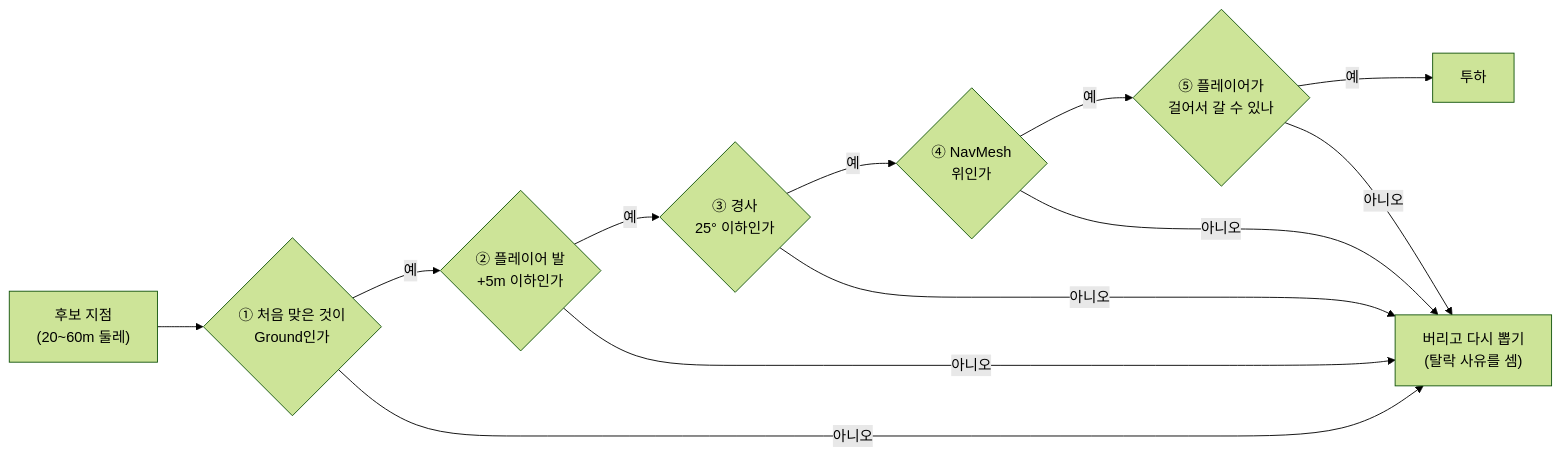
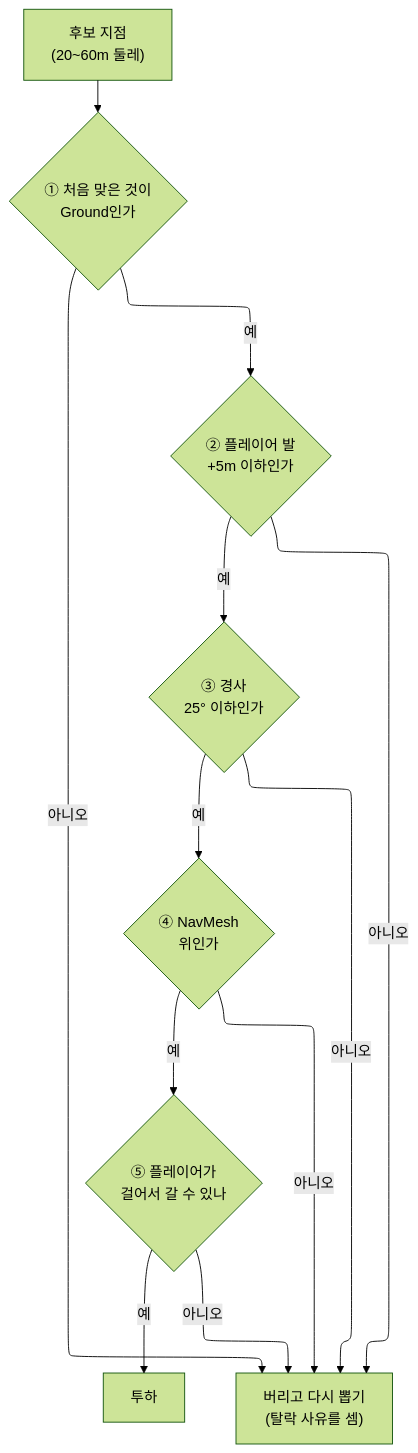
Before and after one commit to pinkshield/portfolio: the fourth of 6 diagrams in src/4-team-even/기술문서.md, drawn with Mermaid (forest theme). The commit also changed other lines of this file and 10 other files, not shown here.

First line of the commit message:
다이어그램 ELK 배치 적용, 상세 문서 그림 규격(720×540) 통일

````diff
--- a/src/4-team-even/기술문서.md
+++ b/src/4-team-even/기술문서.md
@@ -270,10 +273,11 @@
 ```mermaid
-flowchart LR
+%%{init: {"layout": "elk"}}%%
+flowchart TB
     C["후보 지점<br/>(20~60m 둘레)"] --> K1{"① 처음 맞은 것이<br/>Ground인가"}
     K1 -->|예| K2{"② 플레이어 발<br/>+5m 이하인가"}
     K2 -->|예| K3{"③ 경사<br/>25° 이하인가"}
     K3 -->|예| K4{"④ NavMesh<br/>위인가"}
     K4 -->|예| K5{"⑤ 플레이어가<br/>걸어서 갈 수 있나"}
     K5 -->|예| OK["투하"]
     K1 & K2 & K3 & K4 & K5 -->|아니오| R["버리고 다시 뽑기<br/>(탈락 사유를 셈)"]
 ```
````
